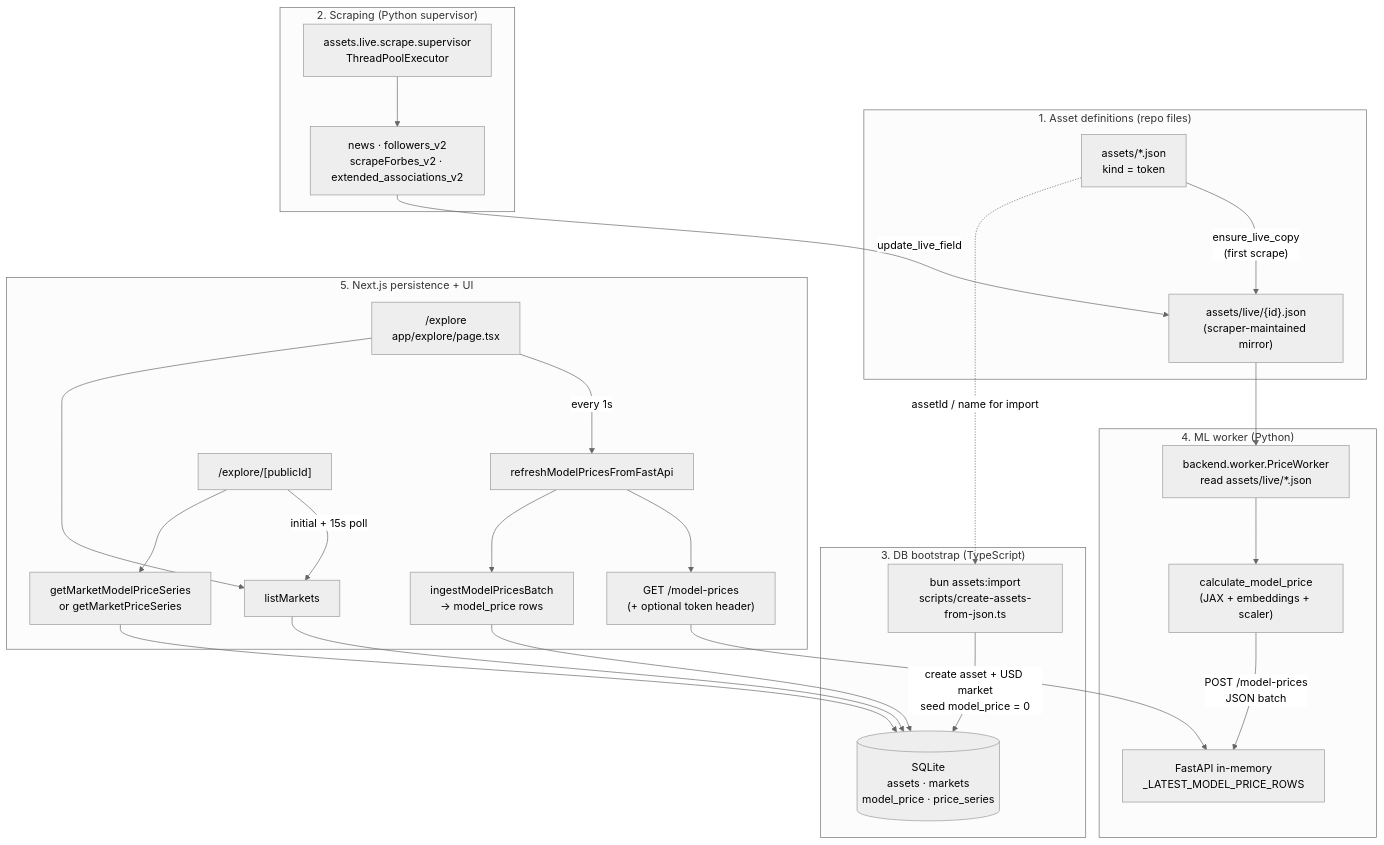
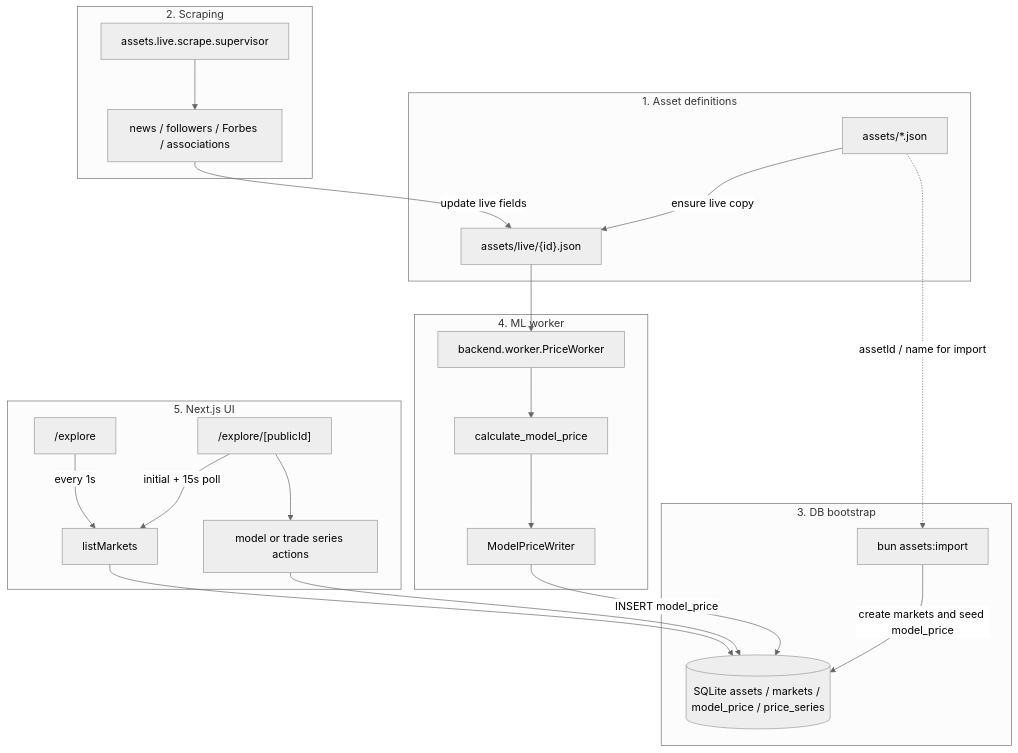
One commit to janbocchino/Bratva changed the diagram in notes/explore-data-flow-report.md. Above: the diagram before and after it, drawn with Mermaid (neutral theme). The commit also changed other lines of this file and 26 other files, not shown here.

Commit message:
feature: delettion of FAST API, cleanup

````diff
--- a/notes/explore-data-flow-report.md
+++ b/notes/explore-data-flow-report.md
@@ -23,48 +23,46 @@
 ```mermaid
 flowchart TB
-  subgraph Definitions["1. Asset definitions (repo files)"]
-    Canon["assets/*.json\nkind = token"]
-    LiveMirror["assets/live/{id}.json\n(scraper-maintained mirror)"]
-    Canon -->|"ensure_live_copy\n(first scrape)"| LiveMirror
+  subgraph Definitions["1. Asset definitions"]
+    Canon["assets/*.json"]
+    LiveMirror["assets/live/{id}.json"]
+    Canon -->|"ensure live copy"| LiveMirror
   end
 
-  subgraph Scrape["2. Scraping (Python supervisor)"]
-    Sup["assets.live.scrape.supervisor\nThreadPoolExecutor"]
-    Jobs["news · followers_v2\nscrapeForbes_v2 · extended_associations_v2"]
+  subgraph Scrape["2. Scraping"]
+    Sup["assets.live.scrape.supervisor"]
+    Jobs["news / followers / Forbes / associations"]
     Sup --> Jobs
-    Jobs -->|"update_live_field"| LiveMirror
+    Jobs -->|"update live fields"| LiveMirror
   end
 
-  subgraph Boot["3. DB bootstrap (TypeScript)"]
-    Import["bun assets:import\nscripts/create-assets-from-json.ts"]
-    SQLite[("SQLite\nassets · markets\nmodel_price · price_series")]
-    Import -->|"create asset + USD market\nseed model_price = 0"| SQLite
+  subgraph Boot["3. DB bootstrap"]
+    Import["bun assets:import"]
+    SQLite[("SQLite assets / markets / model_price / price_series")]
+    Import -->|"create markets and seed model_price"| SQLite
   end
 
-  subgraph ML["4. ML worker (Python)"]
-    Worker["backend.worker.PriceWorker\nread assets/live/*.json"]
-    Infer["calculate_model_price\n(JAX + embeddings + scaler)"]
+  subgraph ML["4. ML worker"]
+    Worker["backend.worker.PriceWorker"]
+    Infer["calculate_model_price"]
+    Writer["ModelPriceWriter"]
     Worker --> Infer
-    Infer -->|"POST /model-prices\nJSON batch"| BridgeMem["FastAPI in-memory\n_LATEST_MODEL_PRICE_ROWS"]
+    Infer --> Writer
+    Writer -->|"INSERT model_price"| SQLite
   end
 
   LiveMirror --> Worker
 
-  subgraph Next["5. Next.js persistence + UI"]
-    ExploreIdx["/explore\napp/explore/page.tsx"]
-    Refresh["refreshModelPricesFromFastApi"]
-    GET["GET /model-prices\n(+ optional token header)"]
-    Ingest["ingestModelPricesBatch\n→ model_price rows"]
+  subgraph Next["5. Next.js UI"]
+    ExploreIdx["/explore"]
     LM["listMarkets"]
-    ExploreIdx -->|"every 1s"| Refresh --> GET --> BridgeMem
-    Refresh --> Ingest --> SQLite
-    ExploreIdx --> LM
     Detail["/explore/[publicId]"]
+    Series["model or trade series actions"]
+    ExploreIdx -->|"every 1s"| LM
     Detail -->|"initial + 15s poll"| LM
-    Detail --> Series["getMarketModelPriceSeries\nor getMarketPriceSeries"]
+    Detail --> Series
+    LM --> SQLite
     Series --> SQLite
-    LM --> SQLite
   end
 
   Canon -.->|"assetId / name for import"| Import
 ```
````
